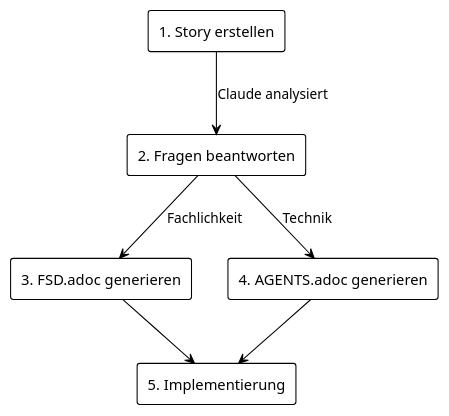
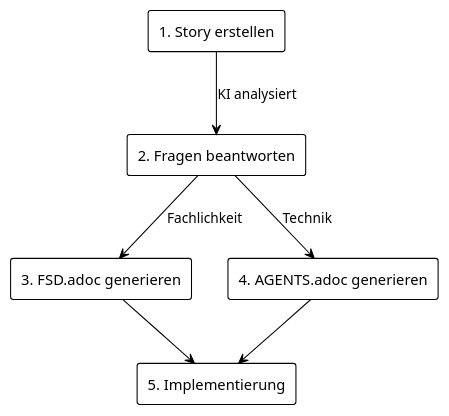
The diagram in asciidocs/docs/agentic-programming.adoc (htl-leonding-college/fragenkatalog), drawn with PlantUML before and after one commit. The commit also changed other lines of this file, not shown here.

```diff
--- a/asciidocs/docs/agentic-programming.adoc
+++ b/asciidocs/docs/agentic-programming.adoc
@@ -18,19 +78,19 @@
 [plantuml]
 ----
 @startuml
 !theme plain
 skinparam backgroundColor transparent
 
 rectangle "1. Story erstellen" as S
 rectangle "2. Fragen beantworten" as F
 rectangle "3. FSD.adoc generieren" as FSD
 rectangle "4. AGENTS.adoc generieren" as A
 rectangle "5. Implementierung" as I
 
-S --> F : Claude analysiert
+S --> F : KI analysiert
 F --> FSD : Fachlichkeit
 F --> A : Technik
 FSD --> I
 A --> I
 @enduml
 ----
```
